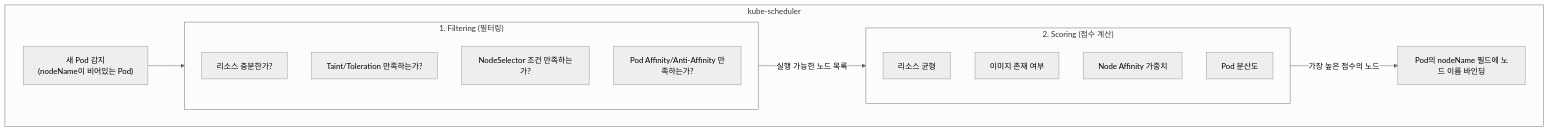
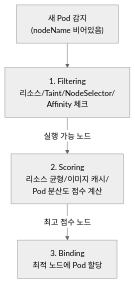
The sixth of 16 diagrams in _posts/2025-12-23-kubernetes-02-architecture.md (K-Diger/k-diger.github.io), drawn with Mermaid (neutral theme) before and after one commit. The commit also changed other lines of this file and 13 other files, not shown here.

````diff
--- a/_posts/2025-12-23-kubernetes-02-architecture.md
+++ b/_posts/2025-12-23-kubernetes-02-architecture.md
@@ -195,22 +196,14 @@
 ```mermaid
 flowchart TB
-    subgraph Scheduler["kube-scheduler"]
-        Detect["새 Pod 감지<br/>(nodeName이 비어있는 Pod)"]
-        subgraph Filter["1. Filtering (필터링)"]
-            F1["리소스 충분한가?"]
-            F2["Taint/Toleration 만족하는가?"]
-            F3["NodeSelector 조건 만족하는가?"]
-            F4["Pod Affinity/Anti-Affinity 만족하는가?"]
-        end
-        subgraph Score["2. Scoring (점수 계산)"]
-            S1["리소스 균형"]
-            S2["이미지 존재 여부"]
-            S3["Node Affinity 가중치"]
-            S4["Pod 분산도"]
-        end
-        Bind["Pod의 nodeName 필드에 노드 이름 바인딩"]
-    end
+    Detect["새 Pod 감지<br/>(nodeName 비어있음)"]
+
+    Filter["1. Filtering<br/>리소스/Taint/NodeSelector/<br/>Affinity 체크"]
+
+    Score["2. Scoring<br/>리소스 균형/이미지 캐시/<br/>Pod 분산도 점수 계산"]
+
+    Bind["3. Binding<br/>최적 노드에 Pod 할당"]
+
     Detect --> Filter
-    Filter -->|실행 가능한 노드 목록| Score
-    Score -->|가장 높은 점수의 노드| Bind
+    Filter -->|실행 가능 노드| Score
+    Score -->|최고 점수 노드| Bind
 ```
````
